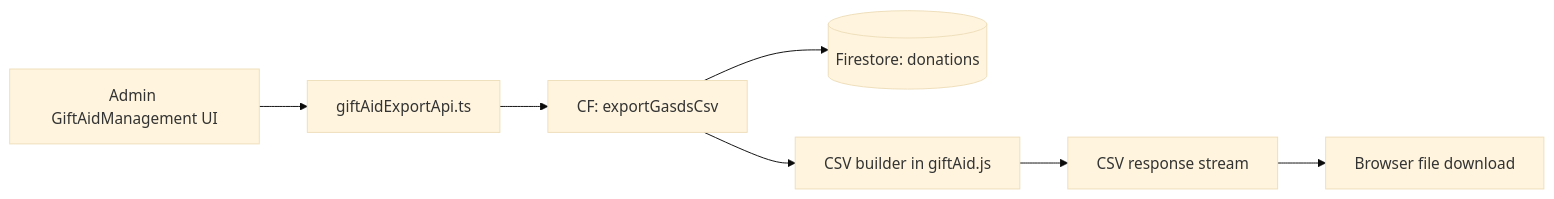
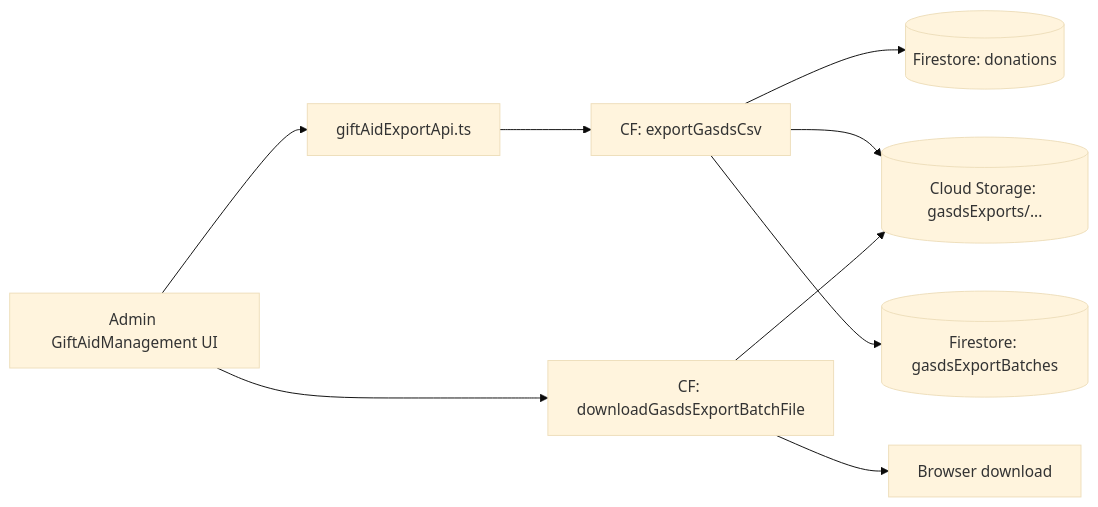
The first of 3 diagrams in docs/GASDS_EXPORT_FLOW.md (YNVSolutions/SwiftCause_Mono), drawn with Mermaid (base theme) before and after one commit. The commit also changed other lines of this file, not shown here.

Commit message:
docs(gasds): update flow docs for batch history, strict mode, unit conversion, and snapshot field fallbacks

````diff
--- a/docs/GASDS_EXPORT_FLOW.md
+++ b/docs/GASDS_EXPORT_FLOW.md
@@ -70,9 +81,11 @@
 ```mermaid
 flowchart LR
   A[Admin GiftAidManagement UI] --> B[giftAidExportApi.ts]
   B --> C[CF: exportGasdsCsv]
   C --> D[(Firestore: donations)]
-  C --> E[CSV builder in giftAid.js]
-  E --> F[CSV response stream]
-  F --> G[Browser file download]
+  C --> E[(Cloud Storage: gasdsExports/...)]
+  C --> F[(Firestore: gasdsExportBatches)]
+  A --> G[CF: downloadGasdsExportBatchFile]
+  G --> E
+  G --> H[Browser download]
 ```
````
